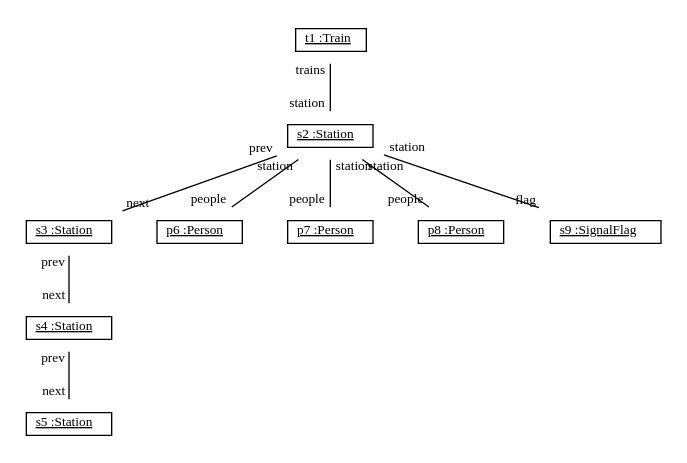
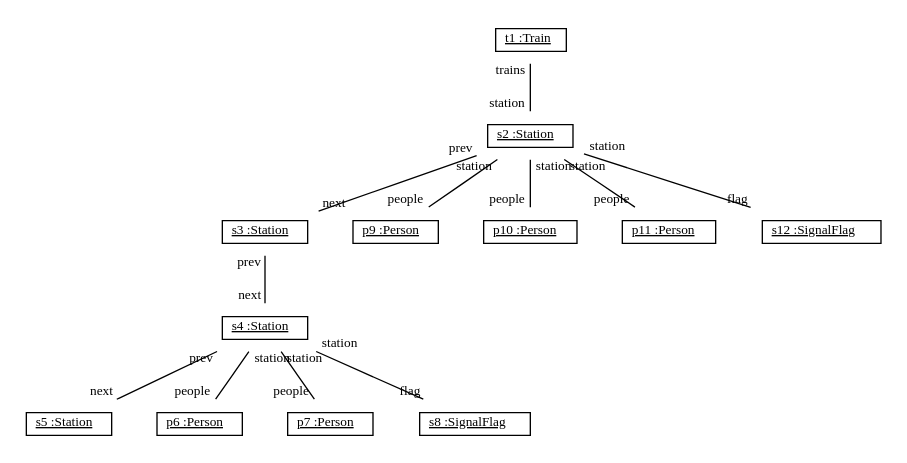
The diagram in doc/trainCollectPassengers2.dot (fujaba/SDMLib), drawn with Graphviz before and after one commit. The commit also changed 23 other files, not shown here.

```diff
--- a/doc/trainCollectPassengers2.dot
+++ b/doc/trainCollectPassengers2.dot
@@ -1,23 +1,29 @@
 graph ObjectDiagram {
    node [shape = none, fontsize = 10];
    edge [fontsize = 10];
 
 t1 [label=<<table border='0' cellborder='1' cellspacing='0'> <tr> <td> <u>t1 :Train</u></td></tr></table>>];
 s2 [label=<<table border='0' cellborder='1' cellspacing='0'> <tr> <td> <u>s2 :Station</u></td></tr></table>>];
 s3 [label=<<table border='0' cellborder='1' cellspacing='0'> <tr> <td> <u>s3 :Station</u></td></tr></table>>];
 s4 [label=<<table border='0' cellborder='1' cellspacing='0'> <tr> <td> <u>s4 :Station</u></td></tr></table>>];
 s5 [label=<<table border='0' cellborder='1' cellspacing='0'> <tr> <td> <u>s5 :Station</u></td></tr></table>>];
 p6 [label=<<table border='0' cellborder='1' cellspacing='0'> <tr> <td> <u>p6 :Person</u></td></tr></table>>];
 p7 [label=<<table border='0' cellborder='1' cellspacing='0'> <tr> <td> <u>p7 :Person</u></td></tr></table>>];
-p8 [label=<<table border='0' cellborder='1' cellspacing='0'> <tr> <td> <u>p8 :Person</u></td></tr></table>>];
-s9 [label=<<table border='0' cellborder='1' cellspacing='0'> <tr> <td> <u>s9 :SignalFlag</u></td></tr></table>>];
+s8 [label=<<table border='0' cellborder='1' cellspacing='0'> <tr> <td> <u>s8 :SignalFlag</u></td></tr></table>>];
+p9 [label=<<table border='0' cellborder='1' cellspacing='0'> <tr> <td> <u>p9 :Person</u></td></tr></table>>];
+p10 [label=<<table border='0' cellborder='1' cellspacing='0'> <tr> <td> <u>p10 :Person</u></td></tr></table>>];
+p11 [label=<<table border='0' cellborder='1' cellspacing='0'> <tr> <td> <u>p11 :Person</u></td></tr></table>>];
+s12 [label=<<table border='0' cellborder='1' cellspacing='0'> <tr> <td> <u>s12 :SignalFlag</u></td></tr></table>>];
 
-s2 -- p6 [headlabel = "people" taillabel = "station"];
-s2 -- p7 [headlabel = "people" taillabel = "station"];
-s2 -- p8 [headlabel = "people" taillabel = "station"];
+s2 -- p10 [headlabel = "people" taillabel = "station"];
+s2 -- p11 [headlabel = "people" taillabel = "station"];
+s2 -- p9 [headlabel = "people" taillabel = "station"];
+s2 -- s12 [headlabel = "flag" taillabel = "station"];
 s2 -- s3 [headlabel = "next" taillabel = "prev"];
-s2 -- s9 [headlabel = "flag" taillabel = "station"];
 s3 -- s4 [headlabel = "next" taillabel = "prev"];
+s4 -- p6 [headlabel = "people" taillabel = "station"];
+s4 -- p7 [headlabel = "people" taillabel = "station"];
 s4 -- s5 [headlabel = "next" taillabel = "prev"];
+s4 -- s8 [headlabel = "flag" taillabel = "station"];
 t1 -- s2 [headlabel = "station" taillabel = "trains"];
 }
```
